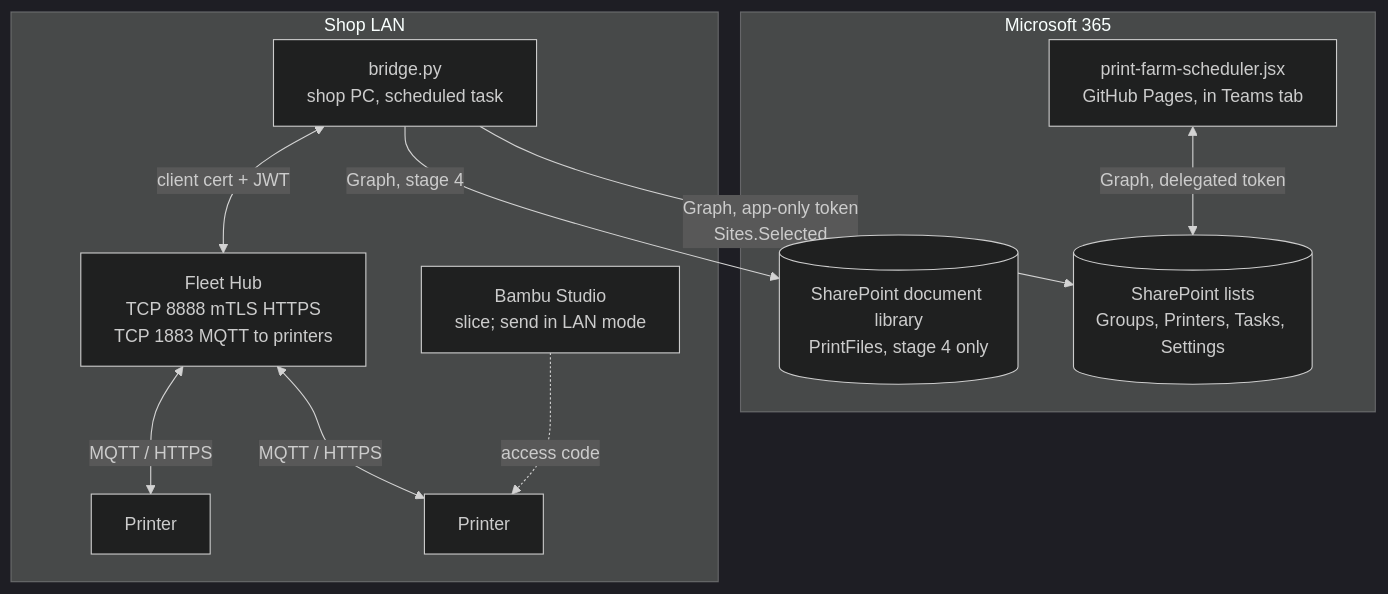
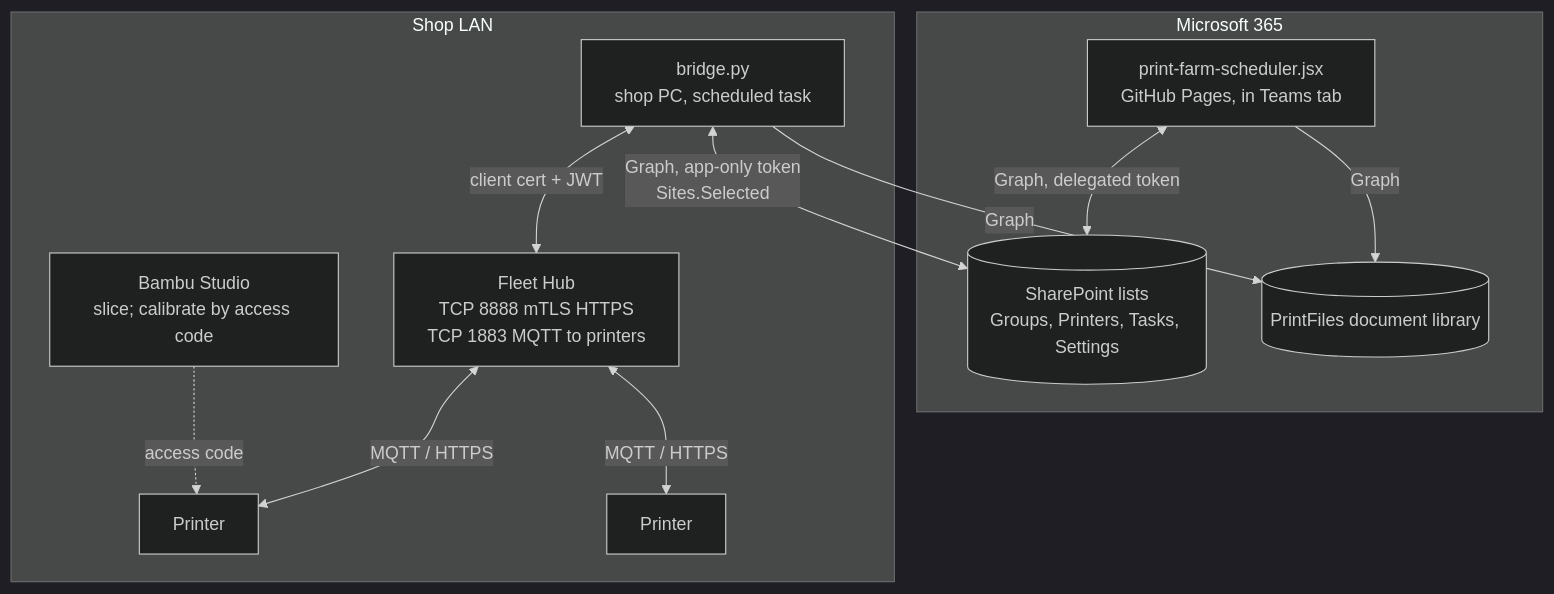
One commit to 221twoseven/print-farm-scheduler changed the second of 2 diagrams in docs/farm-integration-technical.md. Above: the diagram before and after it, drawn with Mermaid (dark theme). The commit also changed other lines of this file and 2 other files, not shown here.

````diff
--- a/docs/farm-integration-technical.md
+++ b/docs/farm-integration-technical.md
@@ -64,22 +131,23 @@
 ```mermaid
 flowchart TB
     subgraph Microsoft 365
         Board[print-farm-scheduler.jsx<br/>GitHub Pages, in Teams tab]
         SP[(SharePoint lists<br/>Groups, Printers, Tasks, Settings)]
-        Lib[(SharePoint document library<br/>PrintFiles, stage 4 only)]
+        Lib[(PrintFiles document library)]
     end
     subgraph Shop LAN
         Bridge[bridge.py<br/>shop PC, scheduled task]
         Hub[Fleet Hub<br/>TCP 8888 mTLS HTTPS<br/>TCP 1883 MQTT to printers]
         P1[Printer]
         P2[Printer]
-        Studio[Bambu Studio<br/>slice; send in LAN mode]
+        Studio[Bambu Studio<br/>slice; calibrate by access code]
     end
     Board <-->|Graph, delegated token| SP
-    Bridge -->|Graph, app-only token<br/>Sites.Selected| SP
-    Bridge -->|Graph, stage 4| Lib
+    Board -->|Graph| Lib
+    Bridge <-->|Graph, app-only token<br/>Sites.Selected| SP
+    Bridge -->|Graph| Lib
     Bridge <-->|client cert + JWT| Hub
     Hub <-->|MQTT / HTTPS| P1
     Hub <-->|MQTT / HTTPS| P2
     Studio -.->|access code| P1
 ```
````
